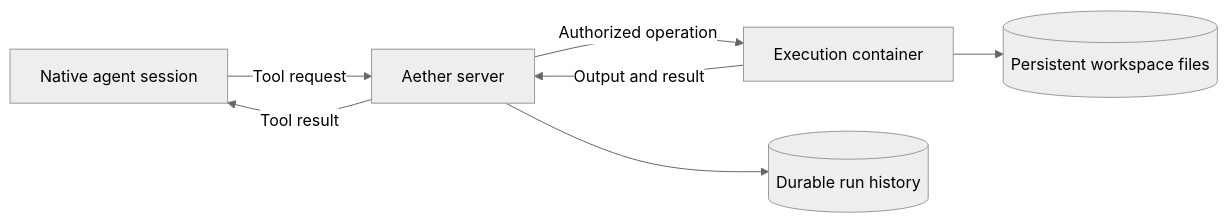
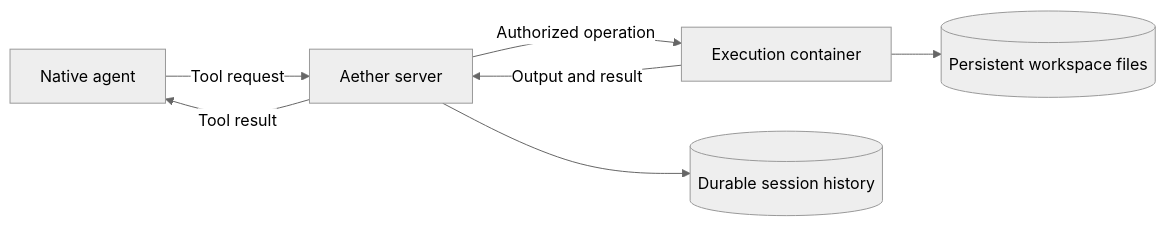
The diagram in docs/agent-execution-separation.md (3xDevOps/aether), drawn with Mermaid (neutral theme) before and after one commit. The commit also changed other lines of this file and 845 other files, not shown here.

````diff
--- a/docs/agent-execution-separation.md
+++ b/docs/agent-execution-separation.md
@@ -128,9 +128,9 @@
 ```mermaid
 flowchart LR
-    B[Native agent session] -->|Tool request| S[Aether server]
+    B[Native agent] -->|Tool request| S[Aether server]
     S -->|Authorized operation| E[Execution container]
     E -->|Output and result| S
     S -->|Tool result| B
-    S --> H[(Durable run history)]
+    S --> H[(Durable session history)]
     E --> W[(Persistent workspace files)]
 ```
````
